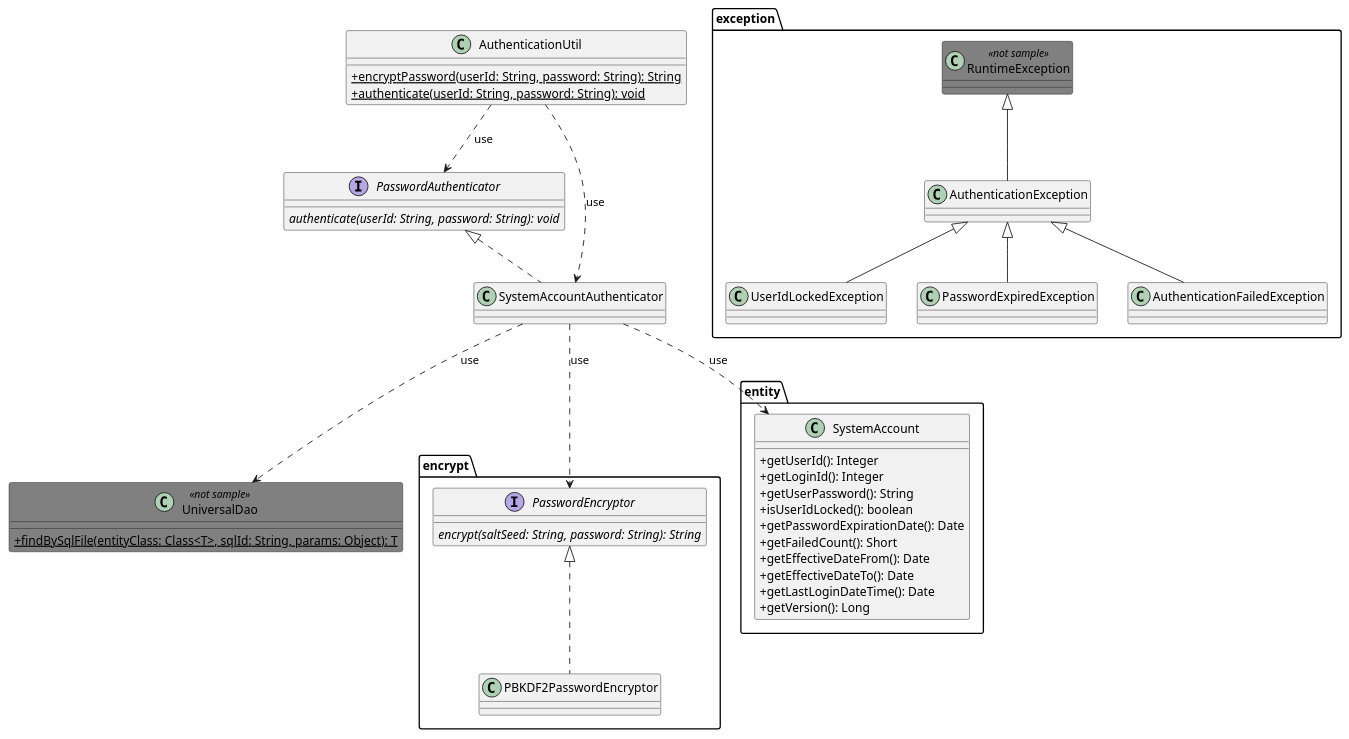
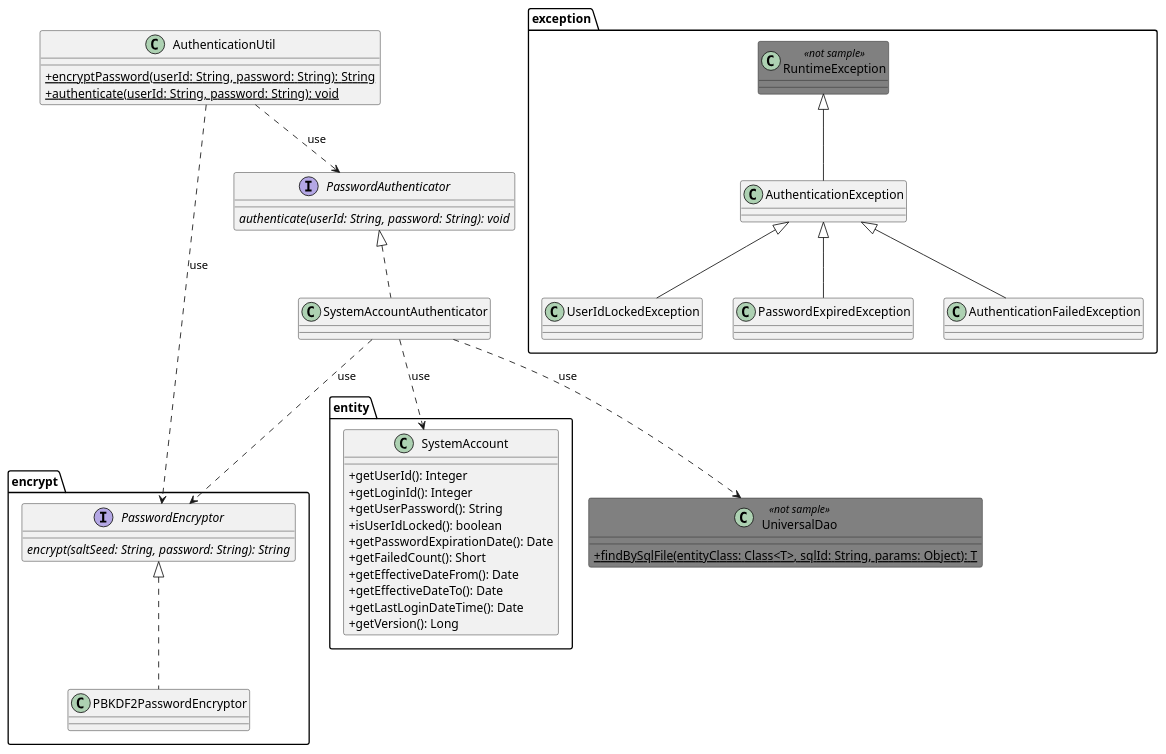
One commit to nablarch/nablarch-document changed the diagram in ja/examples/01/_images/Authentication_ClassDiagram.pu. Above: the diagram before and after it, drawn with PlantUML.

Commit message:
依存先の誤りを修正しました。

```diff
--- a/ja/examples/01/_images/Authentication_ClassDiagram.pu
+++ b/ja/examples/01/_images/Authentication_ClassDiagram.pu
@@ -1,63 +1,63 @@
 @startuml
 
 skinparam class {
     BackgroundColor<<not sample>> Gray
 }
 
 package encrypt {
     interface PasswordEncryptor {
         {abstract} encrypt(saltSeed: String, password: String): String
     }
 
     class PBKDF2PasswordEncryptor implements PasswordEncryptor
 }
 
 package entity {
     class SystemAccount {
         + getUserId(): Integer
         + getLoginId(): Integer
         + getUserPassword(): String
         + isUserIdLocked(): boolean
         + getPasswordExpirationDate(): Date
         + getFailedCount(): Short
         + getEffectiveDateFrom(): Date
         + getEffectiveDateTo(): Date
         + getLastLoginDateTime(): Date
         + getVersion(): Long
     }
 }
 
 package exception {
     class RuntimeException <<not sample>>
 
     class AuthenticationException extends RuntimeException
     class UserIdLockedException extends AuthenticationException
     class PasswordExpiredException extends AuthenticationException
     class AuthenticationFailedException extends AuthenticationException
 }
 
 interface PasswordAuthenticator {
     {abstract} authenticate(userId: String, password: String): void
 }
 
 class SystemAccountAuthenticator implements PasswordAuthenticator
 
 skinparam classAttributeIconSize 0
 class AuthenticationUtil {
     {static} + encryptPassword(userId: String, password: String): String
     {static} + authenticate(userId: String, password: String): void
 }
 
 class UniversalDao <<not sample>> {
     {static} + findBySqlFile(entityClass: Class<T>, sqlId: String, params: Object): T
 
 }
 
-AuthenticationUtil ..> SystemAccountAuthenticator : use
+AuthenticationUtil ..> PasswordEncryptor : use
 AuthenticationUtil ..> PasswordAuthenticator : use
 
 SystemAccountAuthenticator ..> SystemAccount : use
 SystemAccountAuthenticator ..> PasswordEncryptor: use
 SystemAccountAuthenticator ..> UniversalDao : use
 
 @enduml
```
